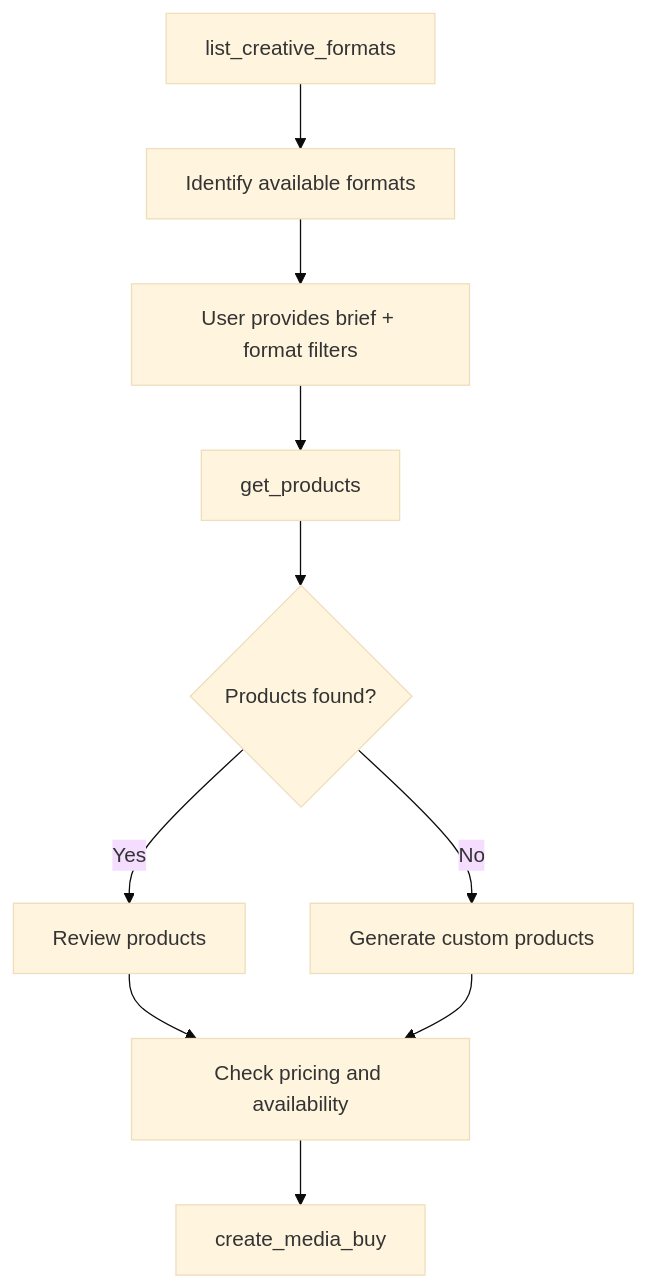
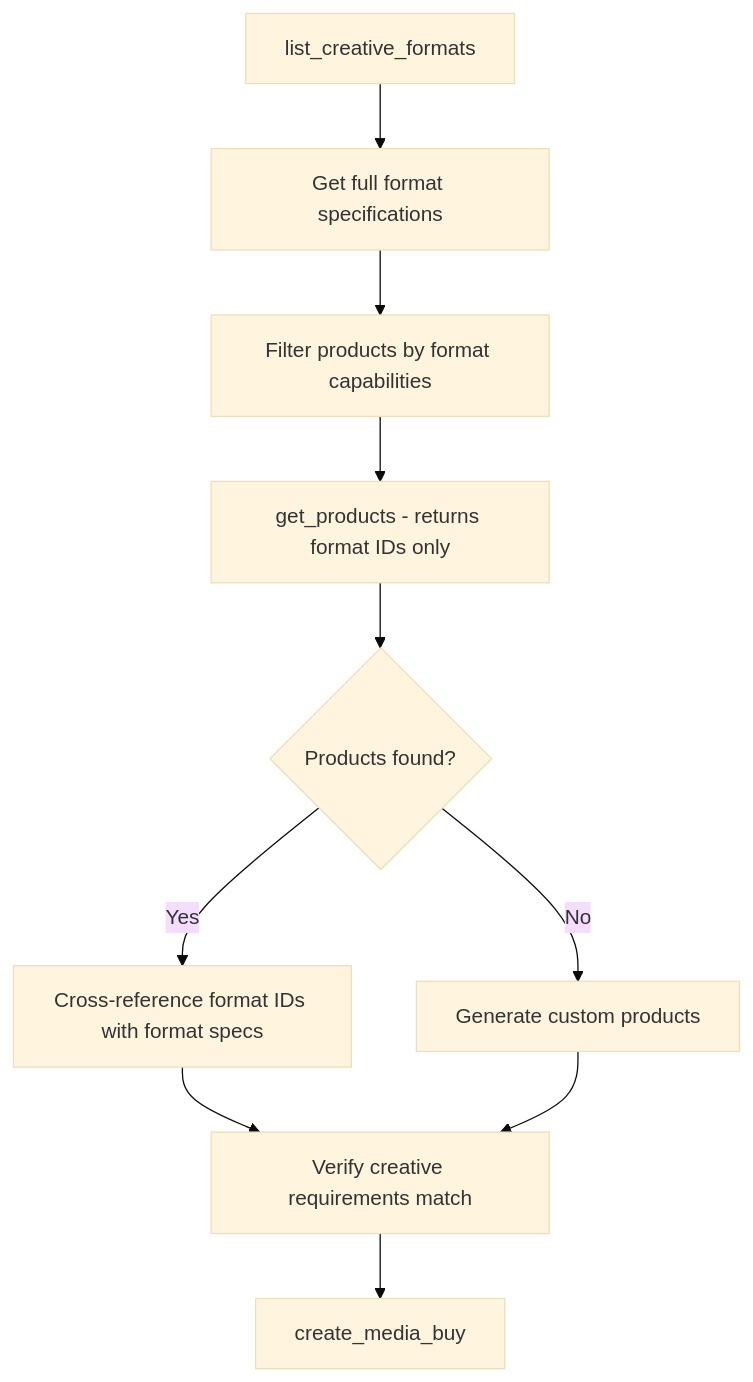
Before and after one commit to adcontextprotocol/adcp: the diagram in docs/media-buy/tasks/get_products.md, drawn with Mermaid (base theme). The commit also changed other lines of this file and 5 other files, not shown here.

````diff
--- a/docs/media-buy/tasks/get_products.md
+++ b/docs/media-buy/tasks/get_products.md
@@ -400,12 +389,12 @@
 ```mermaid
 graph TD
-    A[list_creative_formats] --> B[Identify available formats]
-    B --> C[User provides brief + format filters]
-    C --> D[get_products]
+    A[list_creative_formats] --> B[Get full format specifications]
+    B --> C[Filter products by format capabilities]
+    C --> D[get_products - returns format IDs only]
     D --> E{Products found?}
-    E -->|Yes| F[Review products]
+    E -->|Yes| F[Cross-reference format IDs with format specs]
     E -->|No| G[Generate custom products]
-    F --> H[Check pricing and availability]
+    F --> H[Verify creative requirements match]
     G --> H
     H --> I[create_media_buy]
 ```
````
